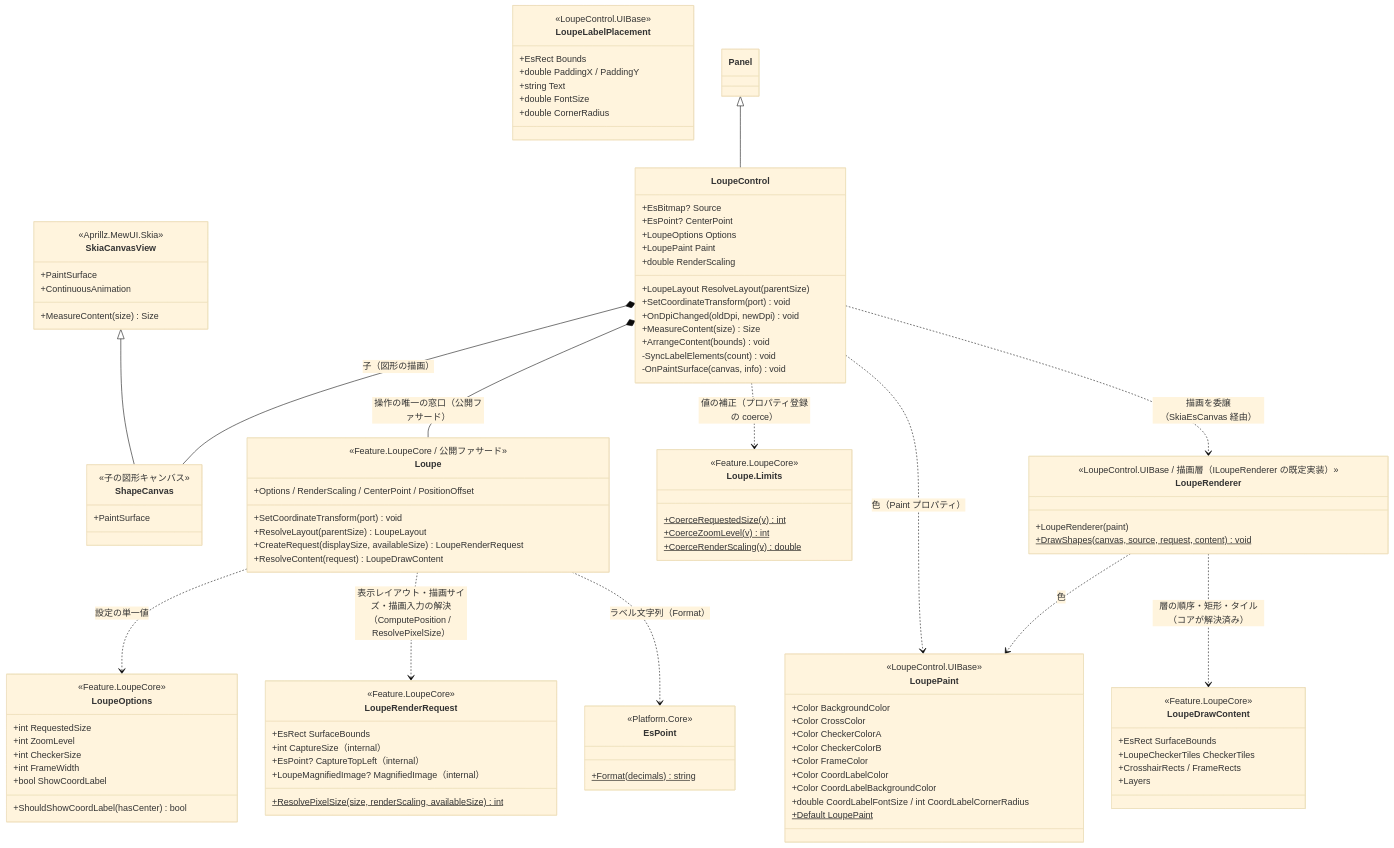
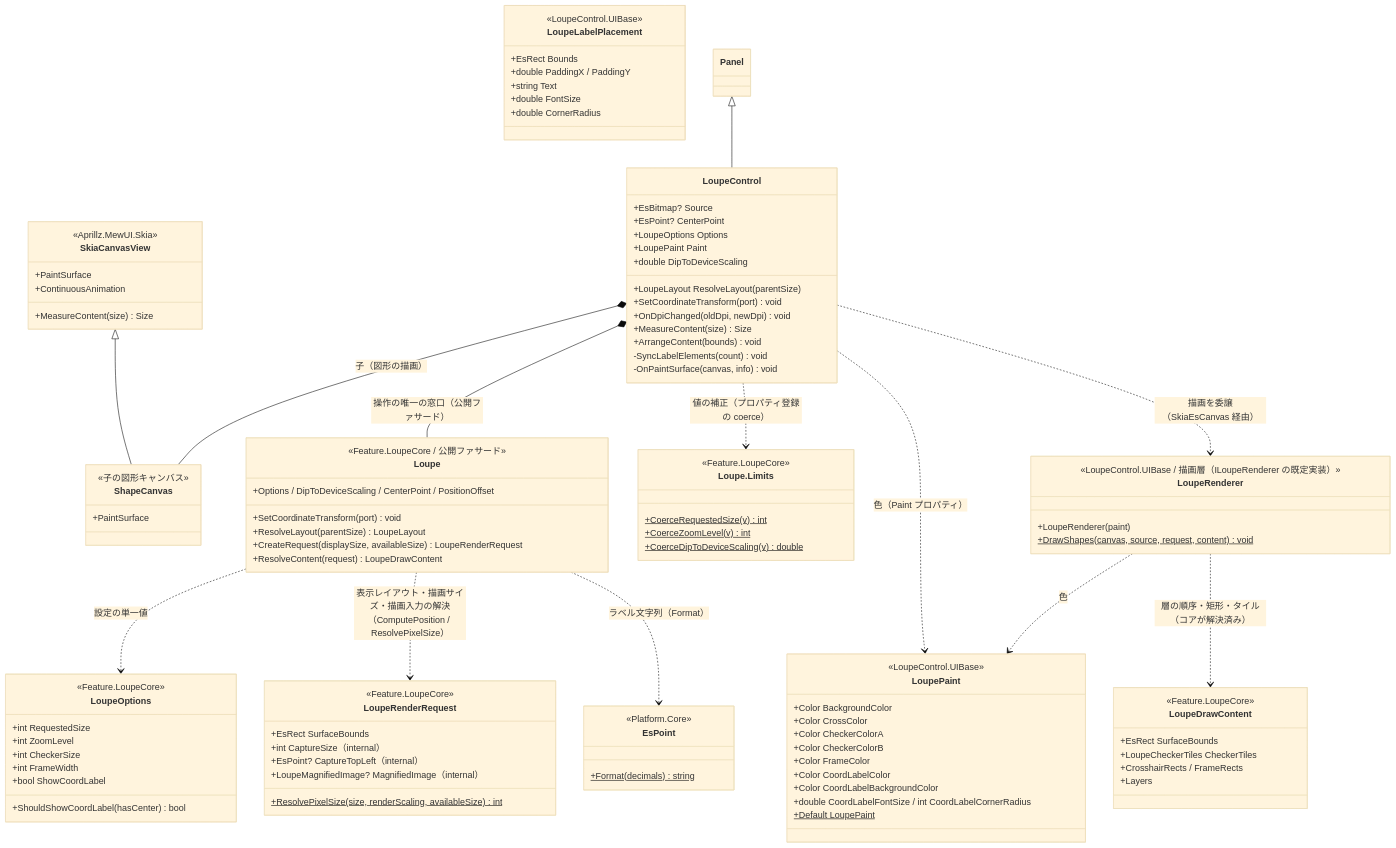
One commit to tomokuni/SaveEvidence changed the first of 2 diagrams in src/LoupeControl.MewUI/SPEC_System.md. Above: the diagram before and after it, drawn with Mermaid (base theme). The commit also changed other lines of this file and 70 other files, not shown here.

```diff
--- a/src/LoupeControl.MewUI/SPEC_System.md
+++ b/src/LoupeControl.MewUI/SPEC_System.md
@@ -86,7 +86,7 @@
         +EsPoint? CenterPoint
         +LoupeOptions Options
         +LoupePaint Paint
-        +double RenderScaling
+        +double DipToDeviceScaling
         +LoupeLayout ResolveLayout(parentSize)
         +SetCoordinateTransform(port) void
         +OnDpiChanged(oldDpi, newDpi) void
@@ -129,7 +129,7 @@
         <<Feature.LoupeCore>>
         +CoerceRequestedSize(v) int$
         +CoerceZoomLevel(v) int$
-        +CoerceRenderScaling(v) double$
+        +CoerceDipToDeviceScaling(v) double$
     }
     class LoupeDrawContent {
         <<Feature.LoupeCore>>
@@ -156,7 +156,7 @@
     }
     class Loupe {
         <<Feature.LoupeCore / 公開ファサード>>
-        +Options / RenderScaling / CenterPoint / PositionOffset
+        +Options / DipToDeviceScaling / CenterPoint / PositionOffset
         +SetCoordinateTransform(port) void
         +ResolveLayout(parentSize) LoupeLayout
         +CreateRequest(displaySize, availableSize) LoupeRenderRequest
```
